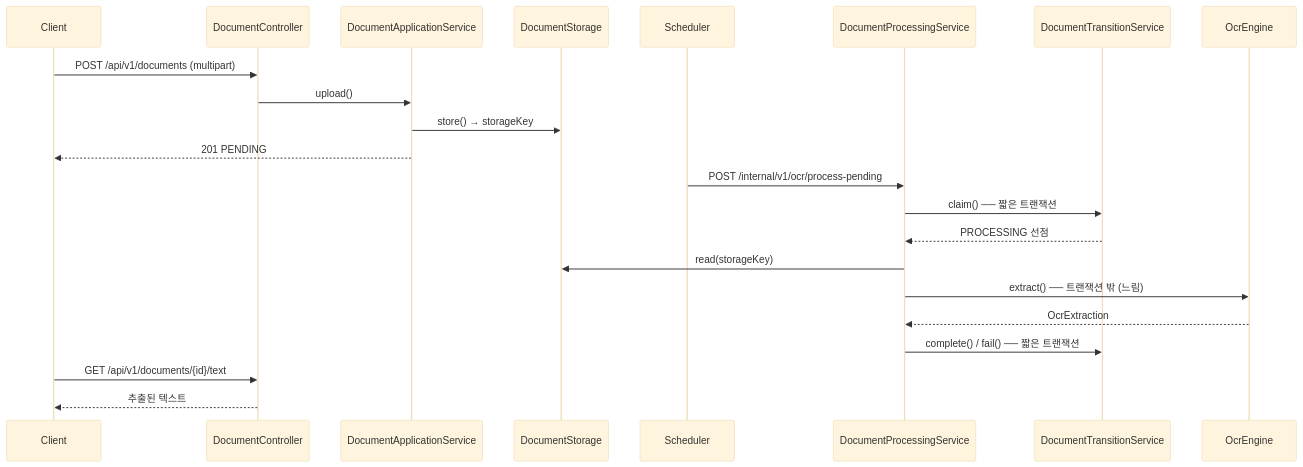
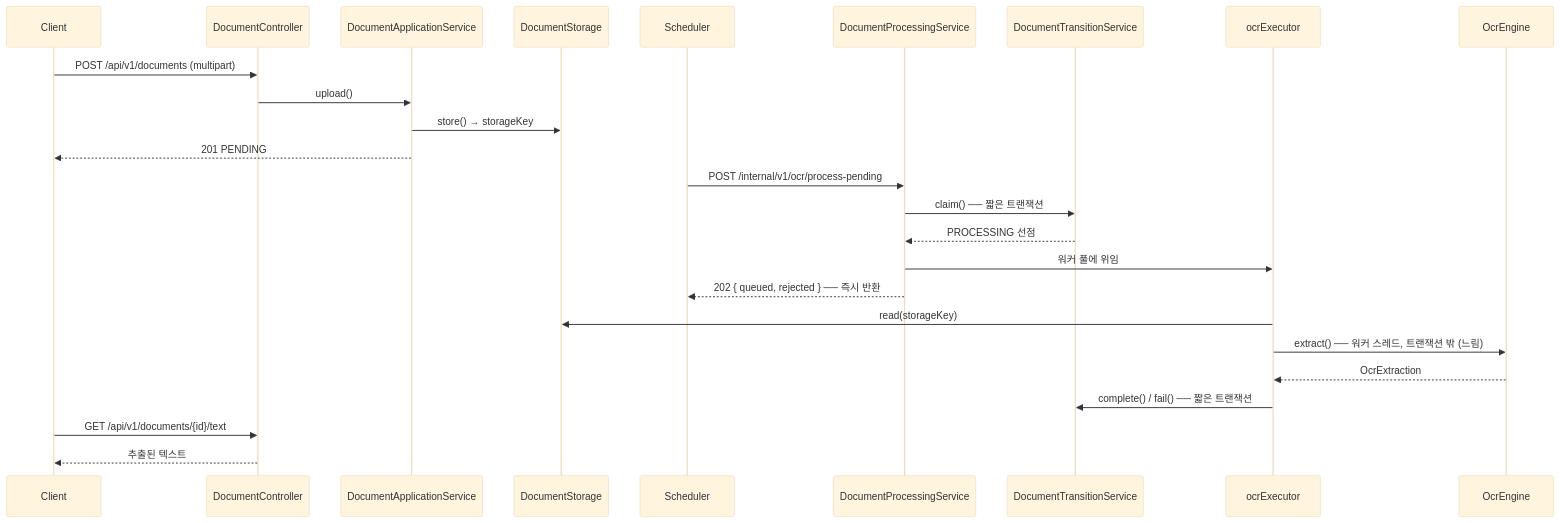
One commit to hyunolike/ai.ocr-automation.system-backend changed the diagram in README.md. Above: the diagram before and after it, drawn with Mermaid (base theme). The commit also changed other lines of this file and 16 other files, not shown here.

````diff
--- a/README.md
+++ b/README.md
@@ -21,27 +22,30 @@
 ```mermaid
 sequenceDiagram
     participant C as Client
     participant B as DocumentController
     participant S as DocumentApplicationService
     participant ST as DocumentStorage
     participant SCH as Scheduler
     participant P as DocumentProcessingService
     participant T as DocumentTransitionService
+    participant W as ocrExecutor
     participant E as OcrEngine
 
     C->>B: POST /api/v1/documents (multipart)
     B->>S: upload()
     S->>ST: store() → storageKey
     S-->>C: 201 PENDING
 
     SCH->>P: POST /internal/v1/ocr/process-pending
     P->>T: claim() ── 짧은 트랜잭션
     T-->>P: PROCESSING 선점
-    P->>ST: read(storageKey)
-    P->>E: extract() ── 트랜잭션 밖 (느림)
-    E-->>P: OcrExtraction
-    P->>T: complete() / fail() ── 짧은 트랜잭션
+    P->>W: 워커 풀에 위임
+    P-->>SCH: 202 { queued, rejected } ── 즉시 반환
+    W->>ST: read(storageKey)
+    W->>E: extract() ── 워커 스레드, 트랜잭션 밖 (느림)
+    E-->>W: OcrExtraction
+    W->>T: complete() / fail() ── 짧은 트랜잭션
 
     C->>B: GET /api/v1/documents/{id}/text
     B-->>C: 추출된 텍스트
 ```
````
